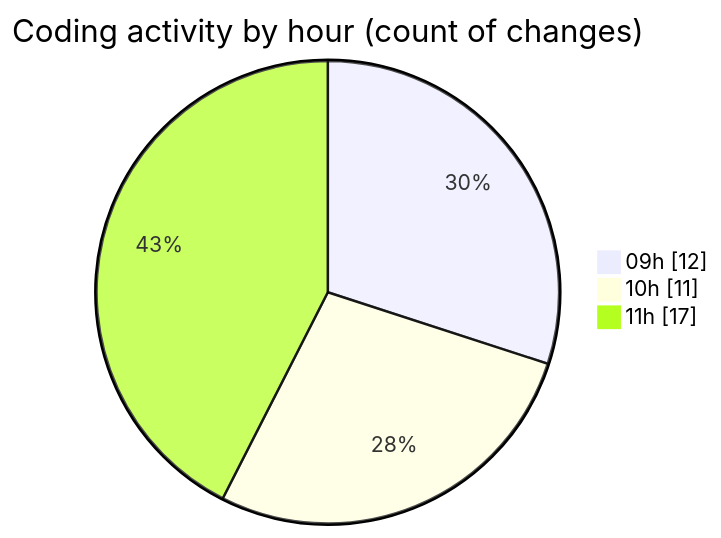
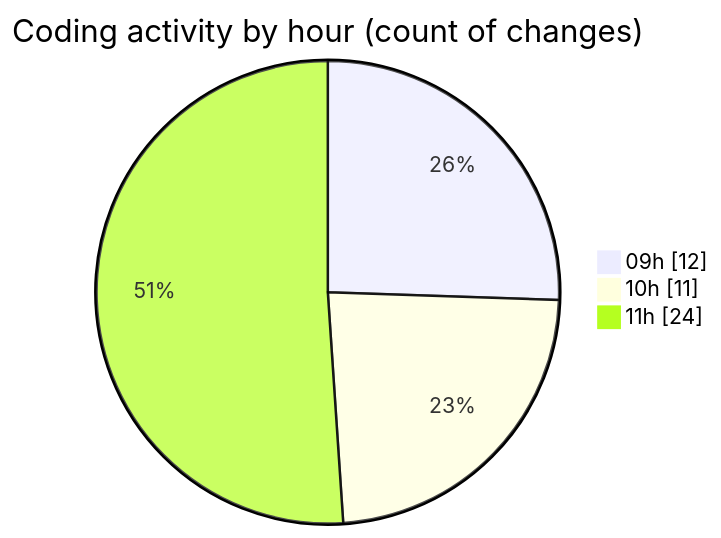
One commit to momahboobian/code-tracking changed the second of 2 diagrams in 2025-09-26/cda/README.md. Above: the diagram before and after it, drawn with Mermaid. The commit also changed other lines of this file and 1 other file, not shown here.

````diff
--- a/2025-09-26/cda/README.md
+++ b/2025-09-26/cda/README.md
@@ -34,7 +34,7 @@
 ```mermaid
 pie showData
 title Coding activity by hour (count of changes)
 "09h" : 12
 "10h" : 11
-"11h" : 17
+"11h" : 24
 ```
````
